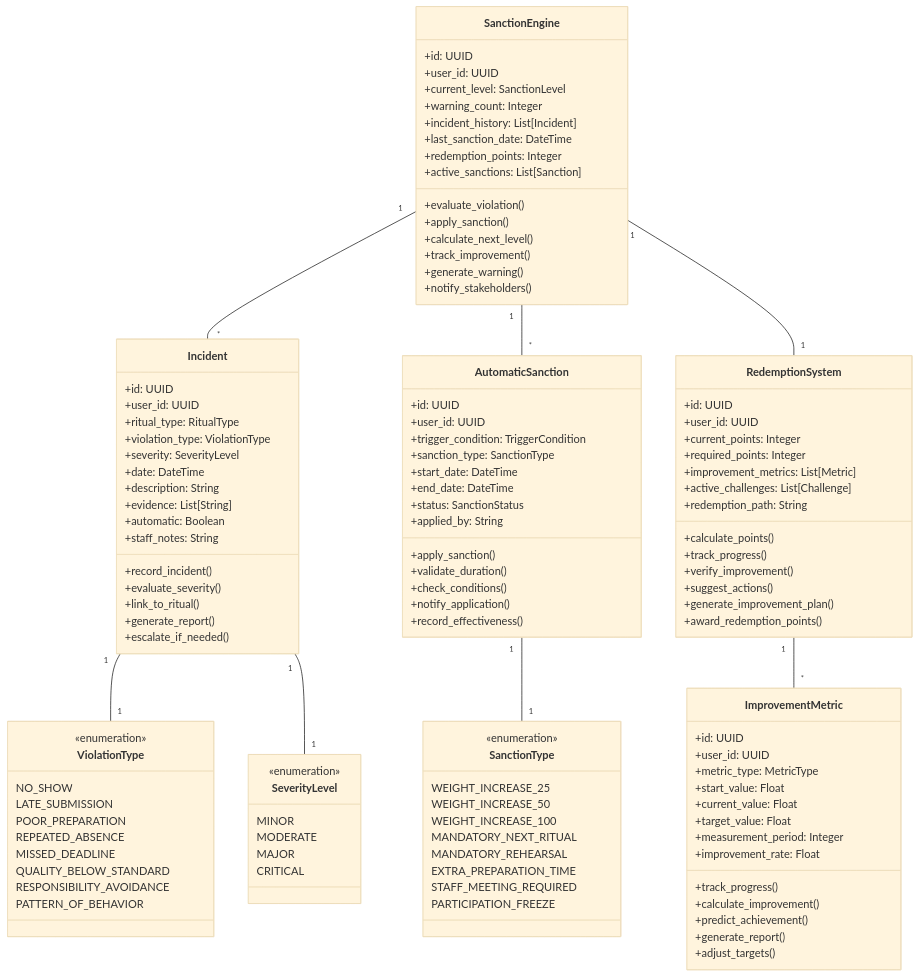
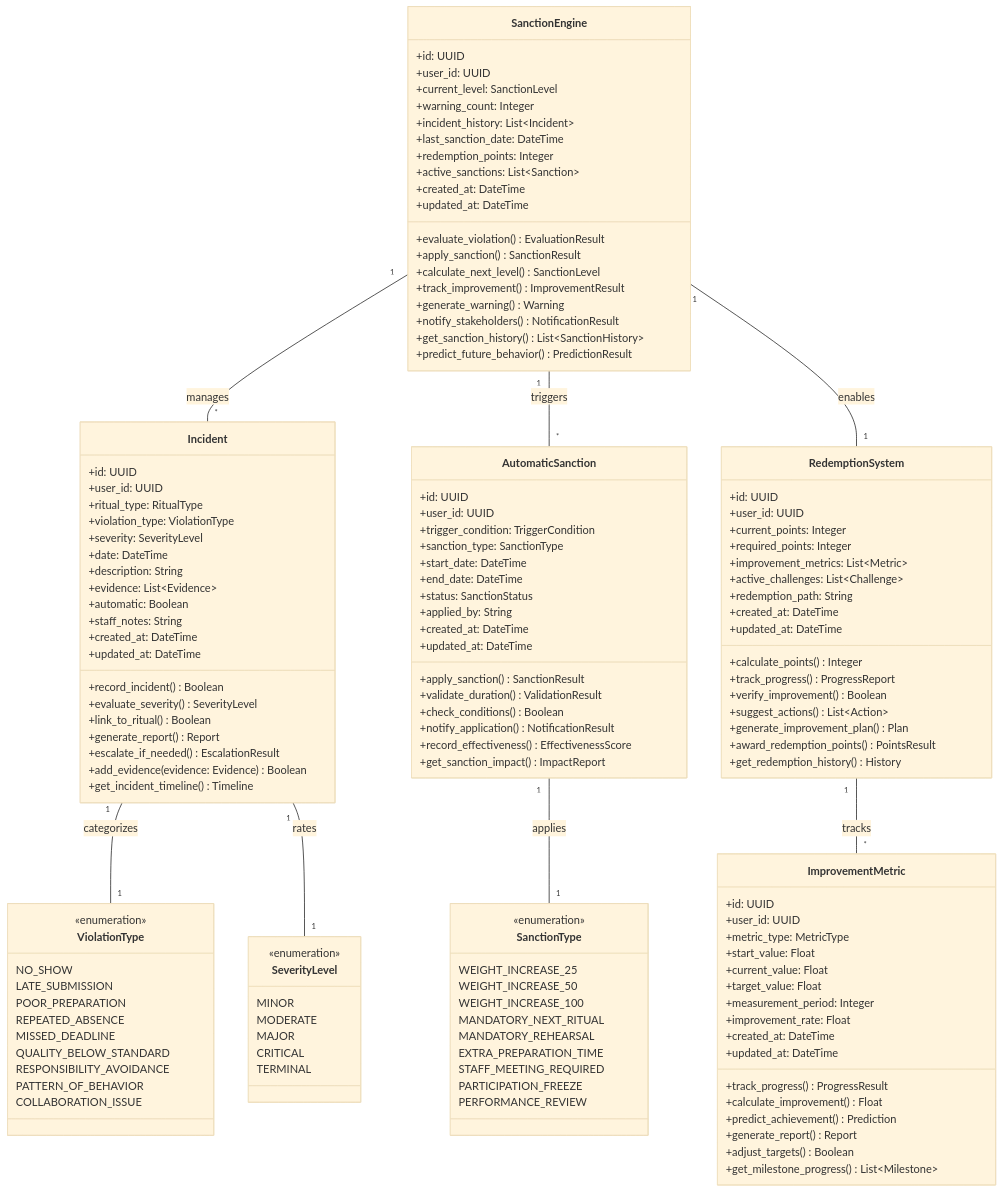
The diagram in docs/uml/sanctions/sanctions.mmd (Noziop/holberton_rituals), drawn with Mermaid (base theme) before and after one commit. The commit also changed 8 other files, not shown here.

First line of the commit message:
feat(uml): enhance all diagrams with detailed specifications

```diff
--- a/docs/uml/sanctions/sanctions.mmd
+++ b/docs/uml/sanctions/sanctions.mmd
@@ -1,123 +1,144 @@
 classDiagram
+    %% Sanction Management System
     class SanctionEngine {
         +id: UUID
         +user_id: UUID
         +current_level: SanctionLevel
         +warning_count: Integer
-        +incident_history: List[Incident]
+        +incident_history: List~Incident~
         +last_sanction_date: DateTime
         +redemption_points: Integer
-        +active_sanctions: List[Sanction]
-        +evaluate_violation()
-        +apply_sanction()
-        +calculate_next_level()
-        +track_improvement()
-        +generate_warning()
-        +notify_stakeholders()
+        +active_sanctions: List~Sanction~
+        +created_at: DateTime
+        +updated_at: DateTime
+        +evaluate_violation() EvaluationResult
+        +apply_sanction() SanctionResult
+        +calculate_next_level() SanctionLevel
+        +track_improvement() ImprovementResult
+        +generate_warning() Warning
+        +notify_stakeholders() NotificationResult
+        +get_sanction_history() List~SanctionHistory~
+        +predict_future_behavior() PredictionResult
     }
 
     class Incident {
         +id: UUID
         +user_id: UUID
         +ritual_type: RitualType
         +violation_type: ViolationType
         +severity: SeverityLevel
         +date: DateTime
         +description: String
-        +evidence: List[String]
+        +evidence: List~Evidence~
         +automatic: Boolean
         +staff_notes: String
-        +record_incident()
-        +evaluate_severity()
-        +link_to_ritual()
-        +generate_report()
-        +escalate_if_needed()
+        +created_at: DateTime
+        +updated_at: DateTime
+        +record_incident() Boolean
+        +evaluate_severity() SeverityLevel
+        +link_to_ritual() Boolean
+        +generate_report() Report
+        +escalate_if_needed() EscalationResult
+        +add_evidence(evidence: Evidence) Boolean
+        +get_incident_timeline() Timeline
     }
 
     class ViolationType {
         <<enumeration>>
         NO_SHOW
         LATE_SUBMISSION
         POOR_PREPARATION
         REPEATED_ABSENCE
         MISSED_DEADLINE
         QUALITY_BELOW_STANDARD
         RESPONSIBILITY_AVOIDANCE
         PATTERN_OF_BEHAVIOR
+        COLLABORATION_ISSUE
     }
 
     class SeverityLevel {
         <<enumeration>>
         MINOR
         MODERATE
         MAJOR
         CRITICAL
+        TERMINAL
     }
 
     class AutomaticSanction {
         +id: UUID
         +user_id: UUID
         +trigger_condition: TriggerCondition
         +sanction_type: SanctionType
         +start_date: DateTime
         +end_date: DateTime
         +status: SanctionStatus
         +applied_by: String
-        +apply_sanction()
-        +validate_duration()
-        +check_conditions()
-        +notify_application()
-        +record_effectiveness()
+        +created_at: DateTime
+        +updated_at: DateTime
+        +apply_sanction() SanctionResult
+        +validate_duration() ValidationResult
+        +check_conditions() Boolean
+        +notify_application() NotificationResult
+        +record_effectiveness() EffectivenessScore
+        +get_sanction_impact() ImpactReport
     }
 
     class SanctionType {
         <<enumeration>>
         WEIGHT_INCREASE_25
         WEIGHT_INCREASE_50
         WEIGHT_INCREASE_100
         MANDATORY_NEXT_RITUAL
         MANDATORY_REHEARSAL
         EXTRA_PREPARATION_TIME
         STAFF_MEETING_REQUIRED
         PARTICIPATION_FREEZE
+        PERFORMANCE_REVIEW
     }
 
     class RedemptionSystem {
         +id: UUID
         +user_id: UUID
         +current_points: Integer
         +required_points: Integer
-        +improvement_metrics: List[Metric]
-        +active_challenges: List[Challenge]
+        +improvement_metrics: List~Metric~
+        +active_challenges: List~Challenge~
         +redemption_path: String
-        +calculate_points()
-        +track_progress()
-        +verify_improvement()
-        +suggest_actions()
-        +generate_improvement_plan()
-        +award_redemption_points()
+        +created_at: DateTime
+        +updated_at: DateTime
+        +calculate_points() Integer
+        +track_progress() ProgressReport
+        +verify_improvement() Boolean
+        +suggest_actions() List~Action~
+        +generate_improvement_plan() Plan
+        +award_redemption_points() PointsResult
+        +get_redemption_history() History
     }
 
     class ImprovementMetric {
         +id: UUID
         +user_id: UUID
         +metric_type: MetricType
         +start_value: Float
         +current_value: Float
         +target_value: Float
         +measurement_period: Integer
         +improvement_rate: Float
-        +track_progress()
-        +calculate_improvement()
-        +predict_achievement()
-        +generate_report()
-        +adjust_targets()
+        +created_at: DateTime
+        +updated_at: DateTime
+        +track_progress() ProgressResult
+        +calculate_improvement() Float
+        +predict_achievement() Prediction
+        +generate_report() Report
+        +adjust_targets() Boolean
+        +get_milestone_progress() List~Milestone~
     }
 
-    SanctionEngine "1" -- "*" Incident
-    SanctionEngine "1" -- "*" AutomaticSanction
-    SanctionEngine "1" -- "1" RedemptionSystem
-    Incident "1" -- "1" ViolationType
-    Incident "1" -- "1" SeverityLevel
-    AutomaticSanction "1" -- "1" SanctionType
-    RedemptionSystem "1" -- "*" ImprovementMetric
+    SanctionEngine "1" -- "*" Incident : manages
+    SanctionEngine "1" -- "*" AutomaticSanction : triggers
+    SanctionEngine "1" -- "1" RedemptionSystem : enables
+    Incident "1" -- "1" ViolationType : categorizes
+    Incident "1" -- "1" SeverityLevel : rates
+    AutomaticSanction "1" -- "1" SanctionType : applies
+    RedemptionSystem "1" -- "*" ImprovementMetric : tracks
```
